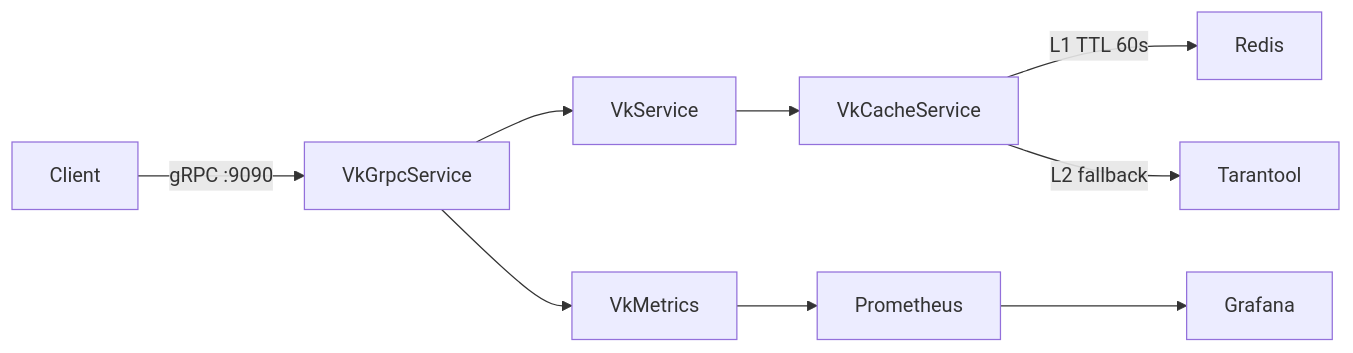
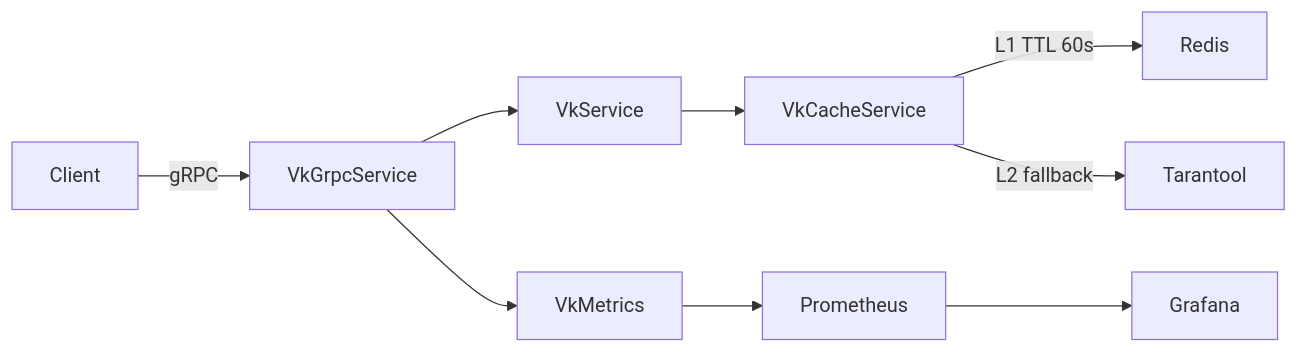
Before and after one commit to Maru3022/VK: the first of 2 diagrams in README.md, drawn with Mermaid. The commit also changed other lines of this file and 3 other files, not shown here.

Commit message:
Fix: POM dependency versions, update CI/CD to Node 24 and fix README Mermaid rendering

````diff
--- a/README.md
+++ b/README.md
@@ -6,11 +6,11 @@
 ```mermaid
 graph LR
-  Client -->|gRPC :9090| VkGrpcService
+  Client -->|gRPC| VkGrpcService
   VkGrpcService --> VkService
   VkService --> VkCacheService
   VkCacheService -->|L1 TTL 60s| Redis
   VkCacheService -->|L2 fallback| Tarantool
   VkGrpcService --> VkMetrics
   VkMetrics --> Prometheus
   Prometheus --> Grafana
 ```
````
